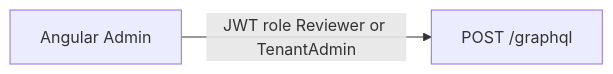
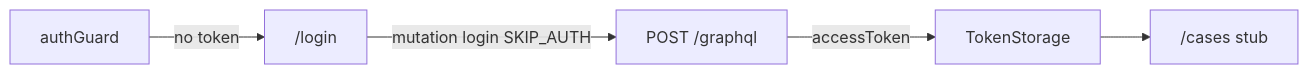
One commit to SDS37/kyc-multi-frontend changed the diagram in apps/angular-admin/README.STUDY.md. Above: the diagram before and after it, drawn with Mermaid. The commit also changed other lines of this file and 34 other files, not shown here.

First line of the commit message:
feat(angular): KYC-061 Angular login page (#90)

````diff
--- a/apps/angular-admin/README.STUDY.md
+++ b/apps/angular-admin/README.STUDY.md
@@ -38,6 +25,7 @@
 ```mermaid
 flowchart LR
-    Admin["Angular Admin"]
-    GQL["POST /graphql"]
-    Admin -->|"JWT role Reviewer or TenantAdmin"| GQL
+  Login["/login"] -->|"mutation login SKIP_AUTH"| GQL["POST /graphql"]
+  GQL -->|"accessToken"| Store["TokenStorage"]
+  Store --> Cases["/cases stub"]
+  Guard["authGuard"] -->|"no token"| Login
 ```
````
